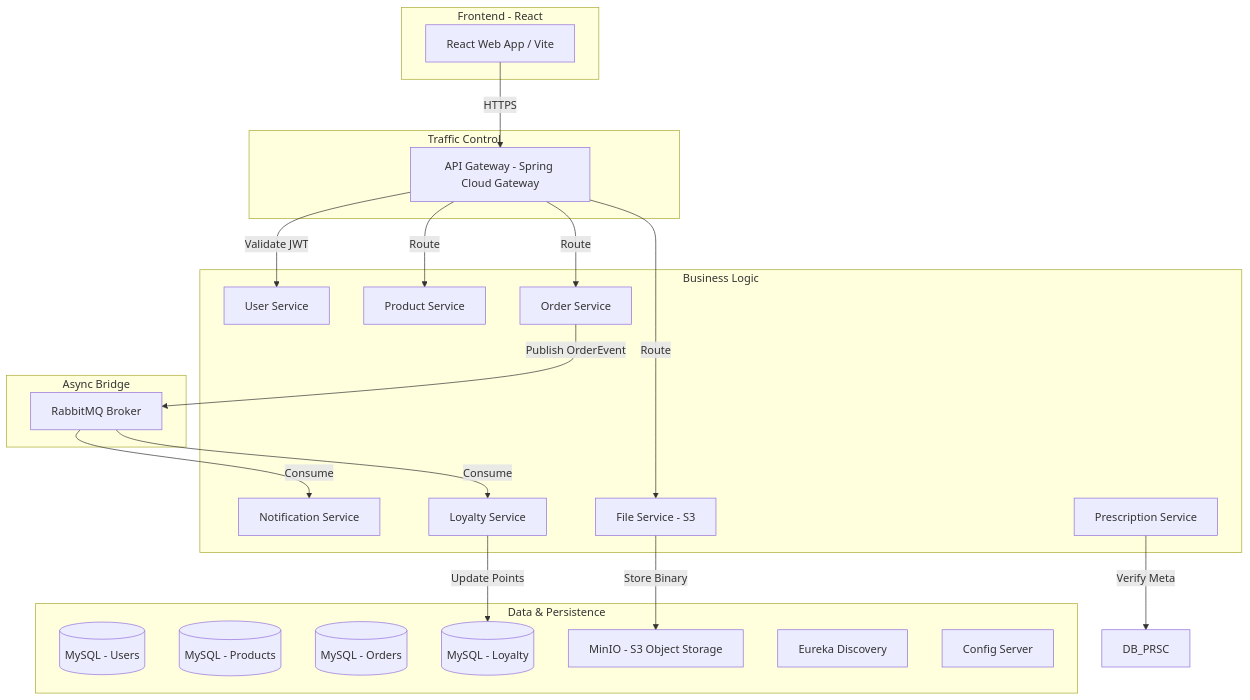
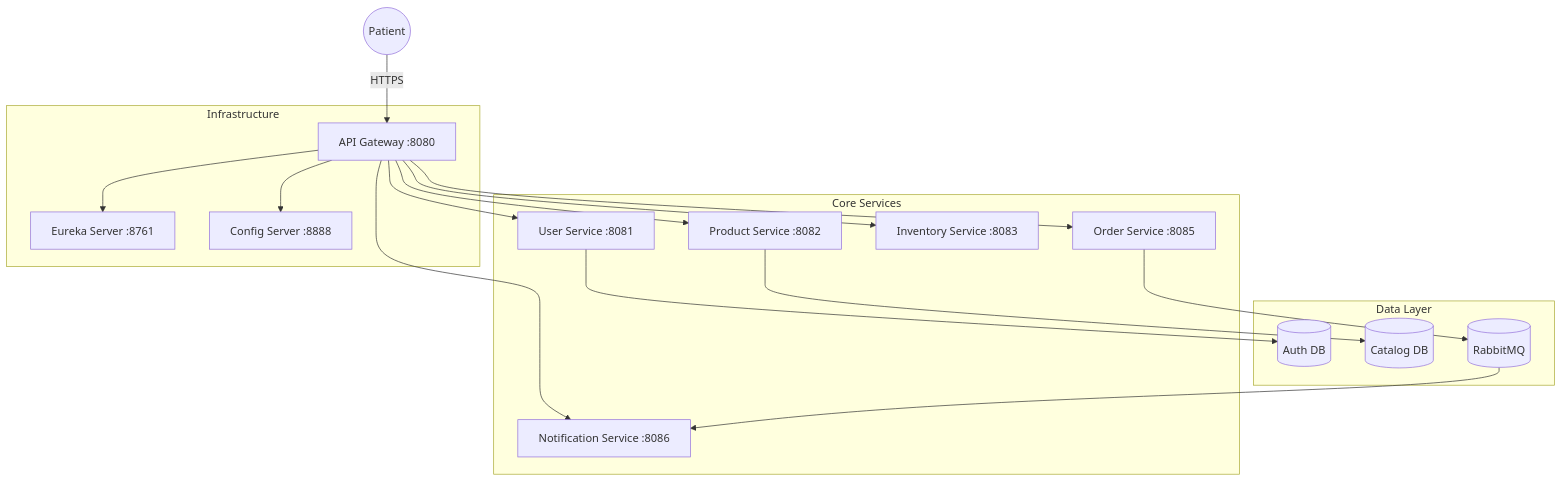
Before and after one commit to Harsha430/pharma-order-microservices: the diagram in README.md, drawn with Mermaid. The commit also changed other lines of this file and 32 other files, not shown here.

````diff
--- a/README.md
+++ b/README.md
@@ -36,48 +33,24 @@
 ```mermaid
 graph TD
-    subgraph Client_Layer [Frontend - React]
-        FE[React Web App / Vite]
+    User((Patient)) --> |HTTPS| Gateway[API Gateway :8080]
+    
+    subgraph "Infrastructure"
+        Gateway --> Eureka[Eureka Server :8761]
+        Gateway --> Config[Config Server :8888]
     end
 
-    subgraph Gateway_Layer [Traffic Control]
-        GW[API Gateway - Spring Cloud Gateway]
+    subgraph "Core Services"
+        Gateway --> US[User Service :8081]
+        Gateway --> PS[Product Service :8082]
+        Gateway --> IS[Inventory Service :8083]
+        Gateway --> OS[Order Service :8085]
+        Gateway --> NS[Notification Service :8086]
     end
 
-    subgraph Service_Mesh [Business Logic]
-        US[User Service]
-        PS[Product Service]
-        ORD[Order Service]
-        NTF[Notification Service]
-        PRSC[Prescription Service]
-        FILE[File Service - S3]
-        LYT[Loyalty Service]
+    subgraph "Data Layer"
+        US --> mysql1[(Auth DB)]
+        PS --> mysql2[(Catalog DB)]
+        OS --> Rabbit[(RabbitMQ)]
+        Rabbit --> NS
     end
-
-    subgraph Event_Bus [Async Bridge]
-        RMQ[RabbitMQ Broker]
-    end
-
-    subgraph Infrastructure [Data & Persistence]
-        DB_U[(MySQL - Users)]
-        DB_P[(MySQL - Products)]
-        DB_O[(MySQL - Orders)]
-        DB_LYT[(MySQL - Loyalty)]
-        MIO[MinIO - S3 Object Storage]
-        EUK[Eureka Discovery]
-        CFG[Config Server]
-    end
-
-    FE -->|HTTPS| GW
-    GW -->|Validate JWT| US
-    GW -->|Route| PS
-    GW -->|Route| ORD
-    GW -->|Route| FILE
-
-    ORD -->|Publish OrderEvent| RMQ
-    RMQ -->|Consume| NTF
-    RMQ -->|Consume| LYT
-
-    FILE -->|Store Binary| MIO
-    PRSC -->|Verify Meta| DB_PRSC
-    LYT -->|Update Points| DB_LYT
 ```
````
